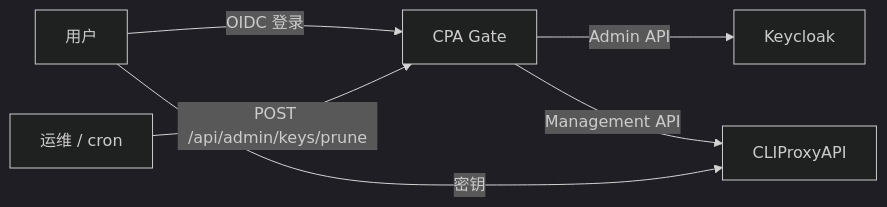
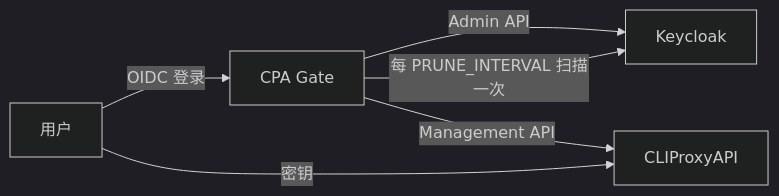
Before and after one commit to yanranxiaoxi/cpa-gate: the diagram in README.zh-Hans.md, drawn with Mermaid (dark theme). The commit also changed other lines of this file and 8 other files, not shown here.

````diff
--- a/README.zh-Hans.md
+++ b/README.zh-Hans.md
@@ -25,8 +25,8 @@
 ```mermaid
 flowchart LR
     U[用户] -->|OIDC 登录| G[CPA Gate]
     G -->|Admin API| K[Keycloak]
     G -->|Management API| C[CLIProxyAPI]
+    G -->|每 PRUNE_INTERVAL 扫描一次| K
     U -->|密钥| C
-    O[运维 / cron] -->|POST /api/admin/keys/prune| G
 ```
````
